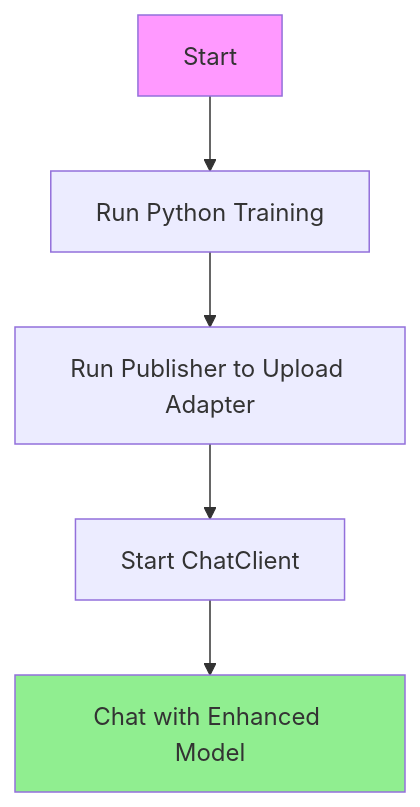
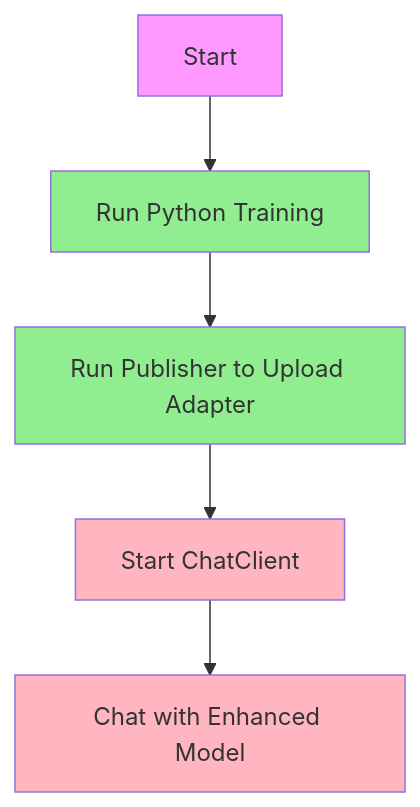
The sixth of 6 diagrams in STORY.md (gsinghjay/LLMAdapterClient), drawn with Mermaid before and after one commit. The commit also changed other lines of this file, not shown here.

````diff
--- a/STORY.md
+++ b/STORY.md
@@ -217,10 +228,13 @@
 ```mermaid
 graph TD
     A[Start] --> B[Run Python Training]
     B --> C[Run Publisher to Upload Adapter]
     C --> D[Start ChatClient]
     D --> E[Chat with Enhanced Model]
     
     style A fill:#f9f
-    style E fill:#90EE90
+    style B fill:#90EE90
+    style C fill:#90EE90
+    style D fill:#FFB6C1
+    style E fill:#FFB6C1
 ```
````
